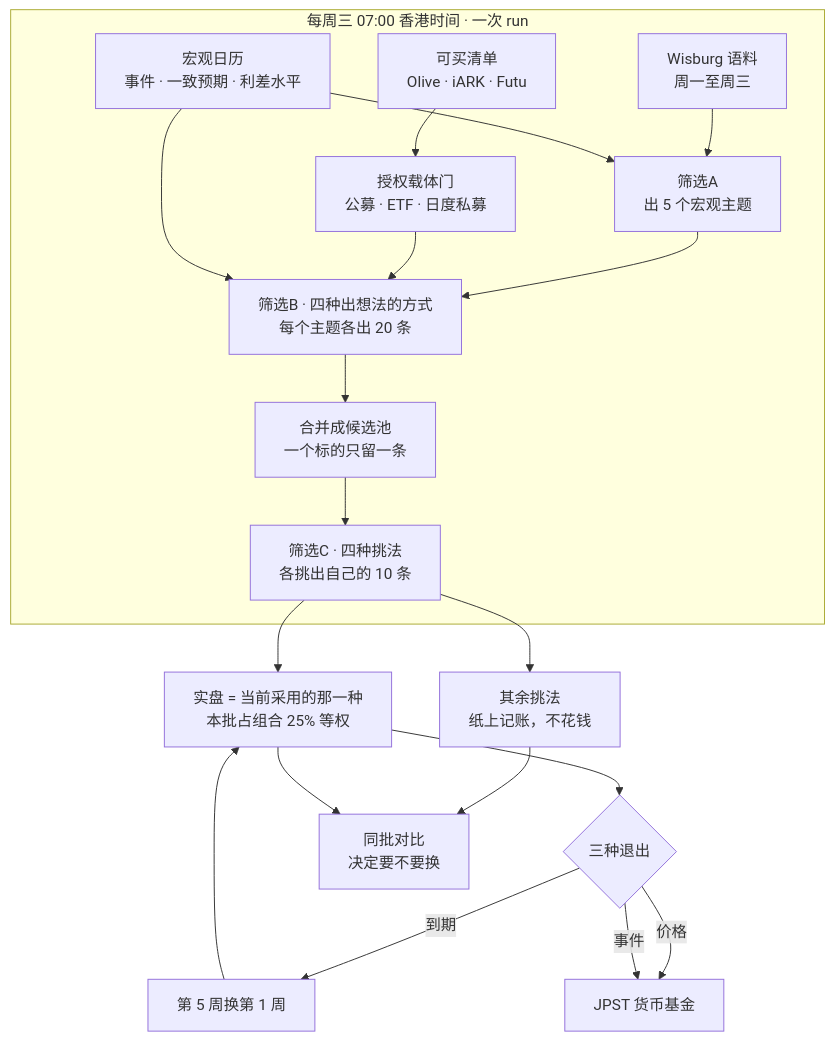
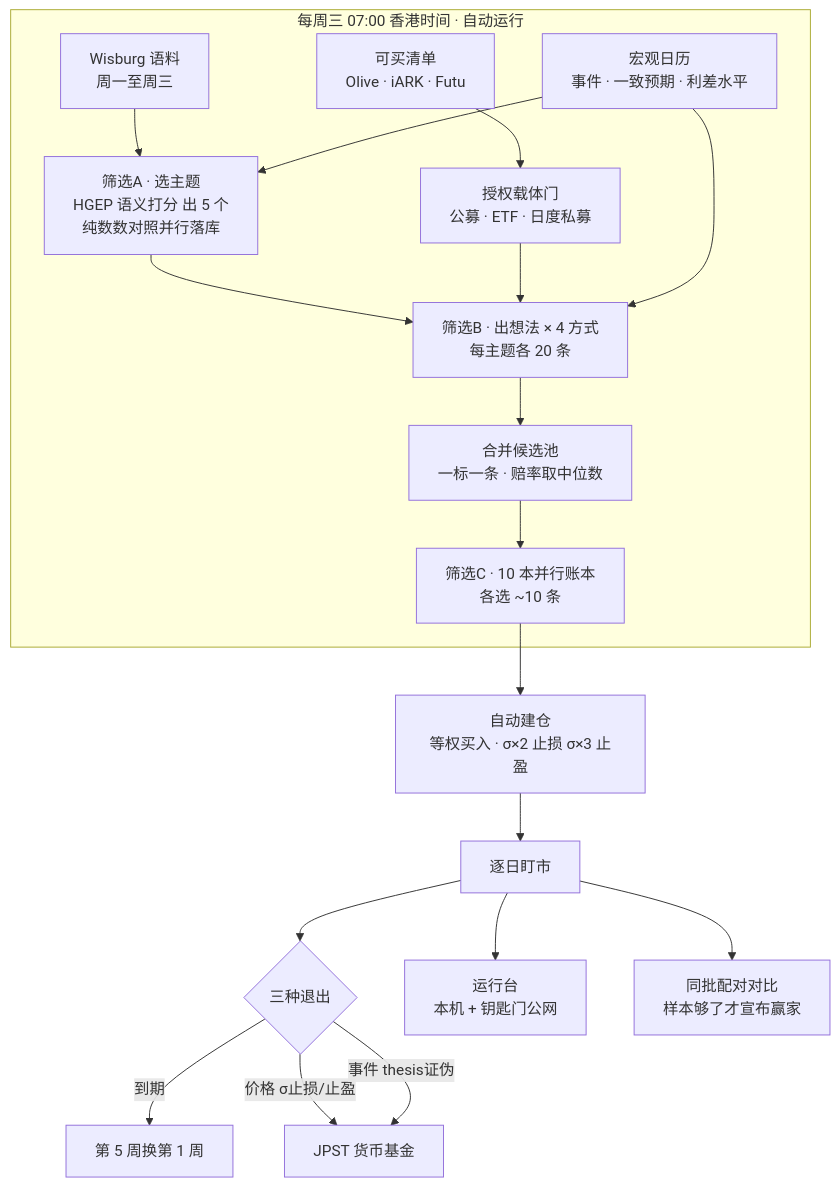
Before and after one commit to YuesongCai/IdeaGen40: the first of 2 diagrams in README.md, drawn with Mermaid. The commit also changed other lines of this file, not shown here.

First line of the commit message:
README 全量刷新为当前事实：10 本账、214 测试、σ止损实弹 3 次、POC 五模式、双图更新

````diff
--- a/README.md
+++ b/README.md
@@ -7,25 +7,24 @@
 ```mermaid
 flowchart TB
-  subgraph W["每周三 07:00 香港时间 · 一次 run"]
+  subgraph W["每周三 07:00 香港时间 · 自动运行"]
     IN1["Wisburg 语料<br/>周一至周三"]
     IN2["可买清单<br/>Olive · iARK · Futu"]
     IN3["宏观日历<br/>事件 · 一致预期 · 利差水平"]
-    IN1 --> A["筛选A<br/>出 5 个宏观主题"]
+    IN1 --> A["筛选A · 选主题<br/>HGEP 语义打分 出 5 个<br/>纯数数对照并行落库"]
     IN3 --> A
-    A --> B["筛选B · 四种出想法的方式<br/>每个主题各出 20 条"]
+    A --> B["筛选B · 出想法 × 4 方式<br/>每主题各 20 条"]
     IN2 --> GATE["授权载体门<br/>公募 · ETF · 日度私募"]
     GATE --> B
     IN3 --> B
-    B --> POOL["合并成候选池<br/>一个标的只留一条"]
-    POOL --> C["筛选C · 四种挑法<br/>各挑出自己的 10 条"]
+    B --> POOL["合并候选池<br/>一标一条 · 赔率取中位数"]
+    POOL --> C["筛选C · 10 本并行账本<br/>各选 ~10 条"]
   end
-  C --> LIVE["实盘 = 当前采用的那一种<br/>本批占组合 25% 等权"]
-  C --> SHADOW["其余挑法<br/>纸上记账，不花钱"]
-  LIVE --> EXIT{"三种退出"}
+  C --> BOOK["自动建仓<br/>等权买入 · σ×2 止损 σ×3 止盈"]
+  BOOK --> MARK["逐日盯市"]
+  MARK --> EXIT{"三种退出"}
   EXIT -->|到期| ROLL["第 5 周换第 1 周"]
-  EXIT -->|价格| JPST["JPST 货币基金"]
-  EXIT -->|事件| JPST
-  ROLL --> LIVE
-  SHADOW --> CMP["同批对比<br/>决定要不要换"]
-  LIVE --> CMP
+  EXIT -->|价格 σ止损/止盈| JPST["JPST 货币基金"]
+  EXIT -->|事件 thesis证伪| JPST
+  MARK --> DASH["运行台<br/>本机 + 钥匙门公网"]
+  MARK --> CMP["同批配对对比<br/>样本够了才宣布赢家"]
 ```
````
